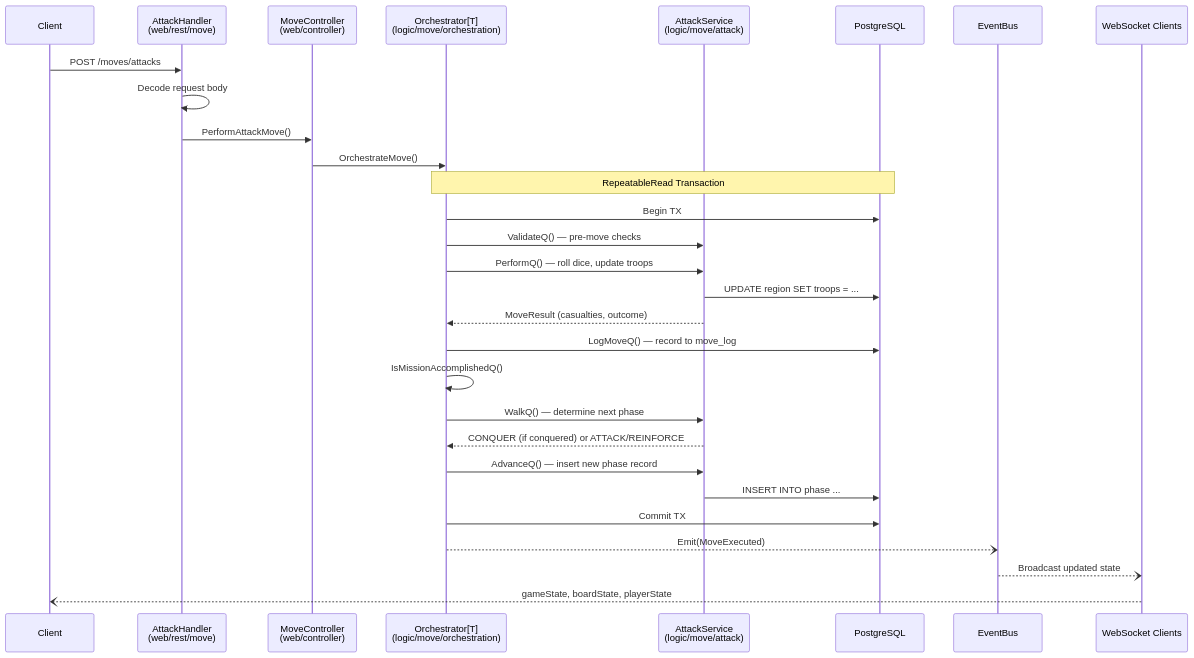
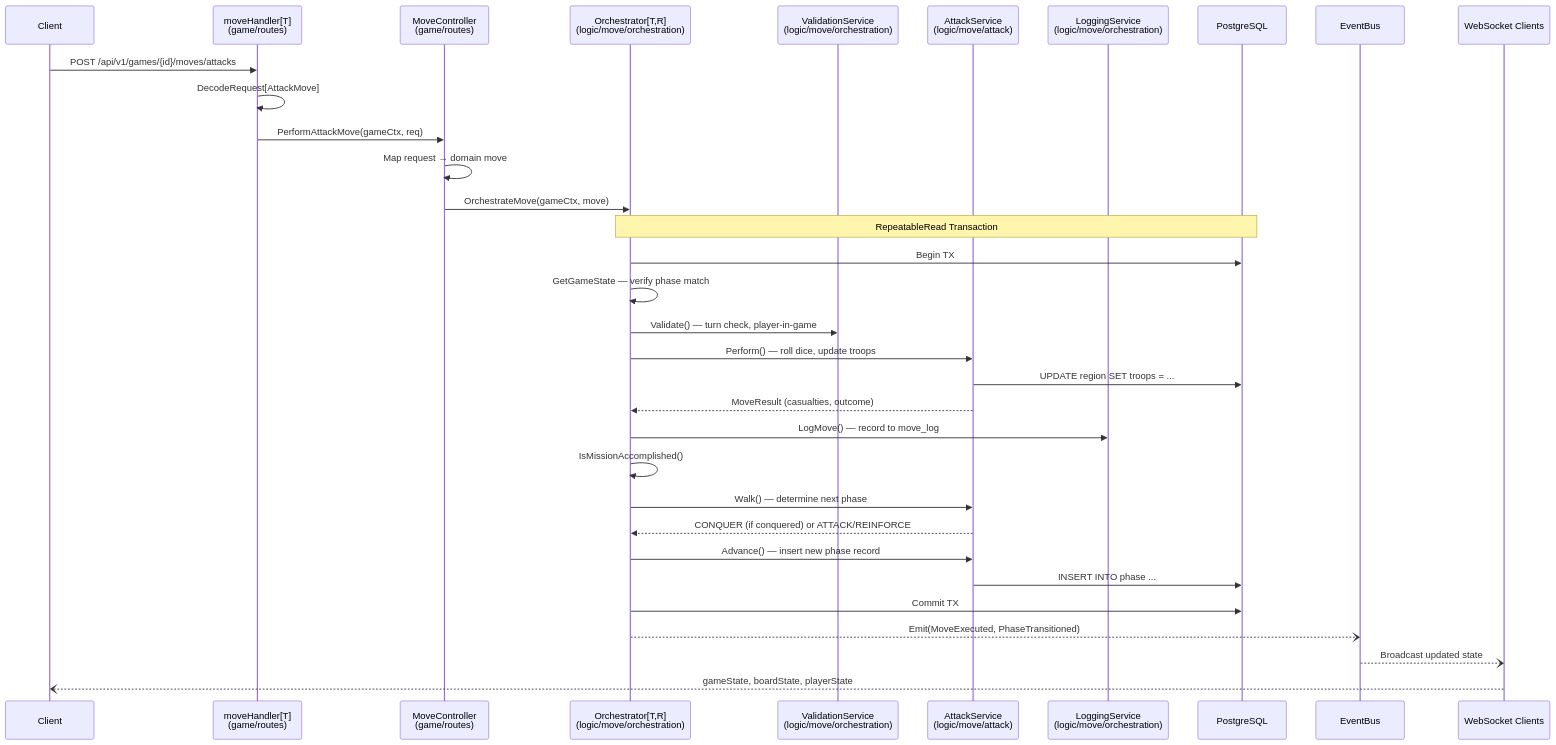
The third of 6 diagrams in docs/architecture.md (go-risk-it/go-risk-it), drawn with Mermaid before and after one commit. The commit also changed other lines of this file and 38 other files, not shown here.

First line of the commit message:
Architecture documentation automation — single source of truth from doc.go (#217)

````diff
--- a/docs/architecture.md
+++ b/docs/architecture.md
@@ -116,34 +200,38 @@
 ```mermaid
 sequenceDiagram
     participant Client
-    participant Handler as AttackHandler<br/>(web/rest/move)
-    participant Controller as MoveController<br/>(web/controller)
-    participant Orchestrator as Orchestrator[T]<br/>(logic/move/orchestration)
-    participant Service as AttackService<br/>(logic/move/attack)
+    participant Route as moveHandler[T]<br/>(game/routes)
+    participant Ctrl as MoveController<br/>(game/routes)
+    participant Orch as Orchestrator[T,R]<br/>(logic/move/orchestration)
+    participant Val as ValidationService<br/>(logic/move/orchestration)
+    participant Svc as AttackService<br/>(logic/move/attack)
+    participant Log as LoggingService<br/>(logic/move/orchestration)
     participant DB as PostgreSQL
     participant Bus as EventBus
     participant WS as WebSocket Clients
 
-    Client->>Handler: POST /moves/attacks
-    Handler->>Handler: Decode request body
-    Handler->>Controller: PerformAttackMove()
-    Controller->>Orchestrator: OrchestrateMove()
+    Client->>Route: POST /api/v1/games/{id}/moves/attacks
+    Route->>Route: DecodeRequest[AttackMove]
+    Route->>Ctrl: PerformAttackMove(gameCtx, req)
+    Ctrl->>Ctrl: Map request → domain move
+    Ctrl->>Orch: OrchestrateMove(gameCtx, move)
 
-    Note over Orchestrator,DB: RepeatableRead Transaction
-    Orchestrator->>DB: Begin TX
-    Orchestrator->>Service: ValidateQ() — pre-move checks
-    Orchestrator->>Service: PerformQ() — roll dice, update troops
-    Service->>DB: UPDATE region SET troops = ...
-    Service-->>Orchestrator: MoveResult (casualties, outcome)
-    Orchestrator->>DB: LogMoveQ() — record to move_log
-    Orchestrator->>Orchestrator: IsMissionAccomplishedQ()
-    Orchestrator->>Service: WalkQ() — determine next phase
-    Service-->>Orchestrator: CONQUER (if conquered) or ATTACK/REINFORCE
-    Orchestrator->>Service: AdvanceQ() — insert new phase record
-    Service->>DB: INSERT INTO phase ...
-    Orchestrator->>DB: Commit TX
+    Note over Orch,DB: RepeatableRead Transaction
+    Orch->>DB: Begin TX
+    Orch->>Orch: GetGameState — verify phase match
+    Orch->>Val: Validate() — turn check, player-in-game
+    Orch->>Svc: Perform() — roll dice, update troops
+    Svc->>DB: UPDATE region SET troops = ...
+    Svc-->>Orch: MoveResult (casualties, outcome)
+    Orch->>Log: LogMove() — record to move_log
+    Orch->>Orch: IsMissionAccomplished()
+    Orch->>Svc: Walk() — determine next phase
+    Svc-->>Orch: CONQUER (if conquered) or ATTACK/REINFORCE
+    Orch->>Svc: Advance() — insert new phase record
+    Svc->>DB: INSERT INTO phase ...
+    Orch->>DB: Commit TX
 
-    Orchestrator--)Bus: Emit(MoveExecuted)
+    Orch--)Bus: Emit(MoveExecuted, PhaseTransitioned)
     Bus--)WS: Broadcast updated state
     WS--)Client: gameState, boardState, playerState
 ```
````
